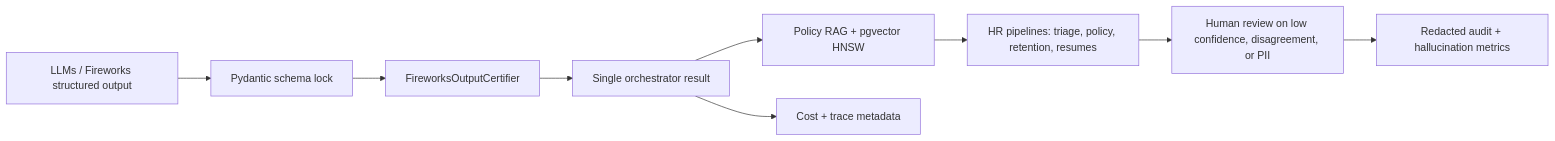
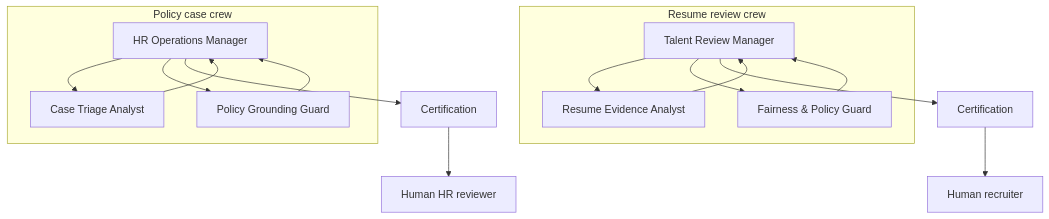
One commit to W4sP4nx2/HR-AI-Operations changed the second of 2 diagrams in README.md. Above: the diagram before and after it, drawn with Mermaid. The commit also changed other lines of this file and 30 other files, not shown here.

````diff
--- a/README.md
+++ b/README.md
@@ -358,11 +140,17 @@
 ```mermaid
-flowchart LR
-    LLM["LLMs / Fireworks structured output"] --> P["Pydantic schema lock"]
-    P --> C["FireworksOutputCertifier"]
-    C --> R["Single orchestrator result"]
-    R --> RAG["Policy RAG + pgvector HNSW"]
-    R --> LS["Cost + trace metadata"]
-    RAG --> Pipe["HR pipelines: triage, policy, retention, resumes"]
-    Pipe --> H["Human review on low confidence, disagreement, or PII"]
-    H --> Audit["Redacted audit + hallucination metrics"]
+flowchart TB
+    subgraph RR["Resume review crew"]
+      RM["Talent Review Manager"] --> RE["Resume Evidence Analyst"]
+      RM --> FP["Fairness & Policy Guard"]
+      RE --> RM
+      FP --> RM
+    end
+    subgraph PC["Policy case crew"]
+      HM["HR Operations Manager"] --> CT["Case Triage Analyst"]
+      HM --> PG["Policy Grounding Guard"]
+      CT --> HM
+      PG --> HM
+    end
+    RM --> C1["Certification"] --> H1["Human recruiter"]
+    HM --> C2["Certification"] --> H2["Human HR reviewer"]
 ```
````
